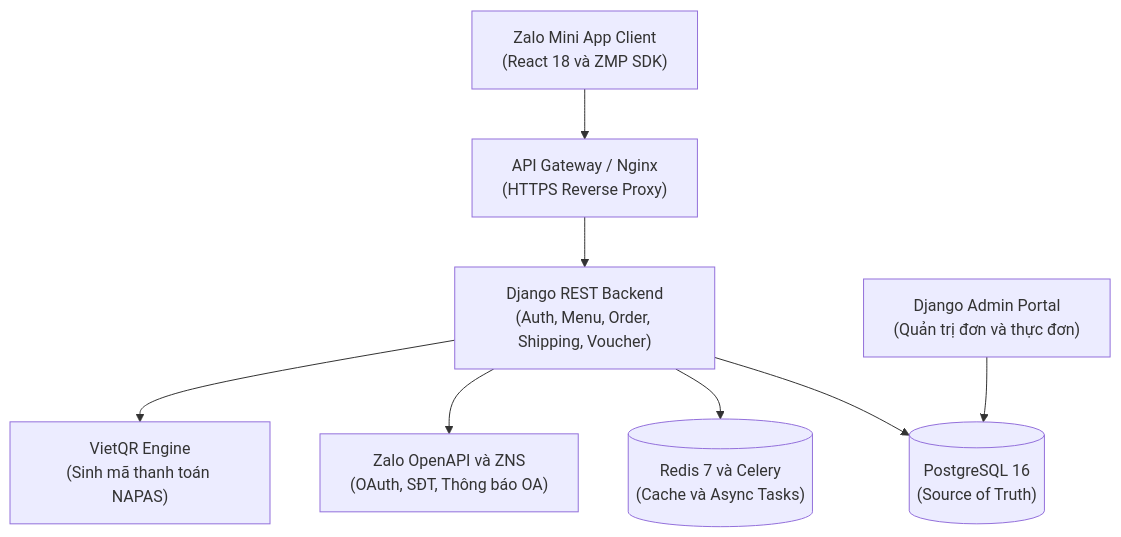
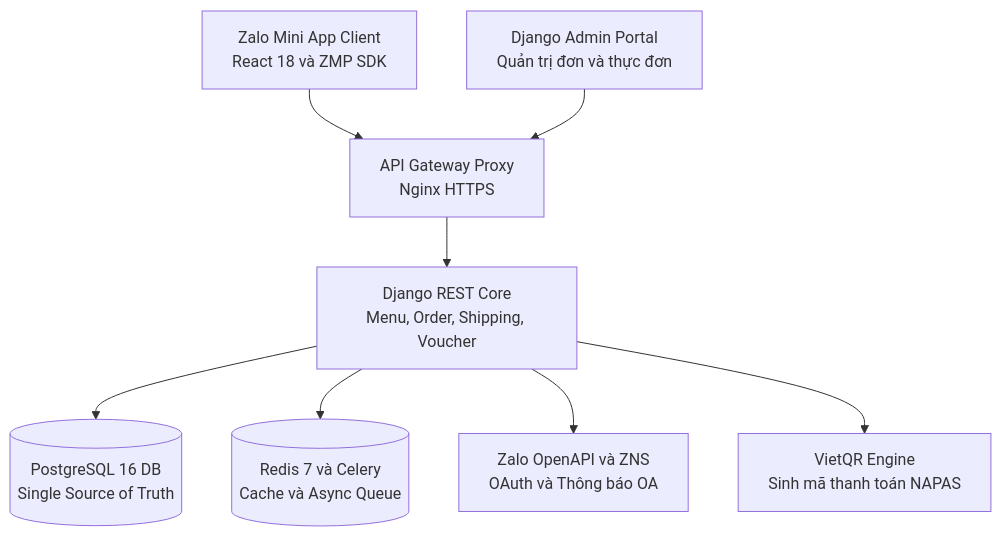
Before and after one commit to nguyengoctin/my_website: the first of 2 diagrams in content/posts/bep-di-6-zalo-mini-app-ordering-platform.md, drawn with Mermaid. The commit also changed other lines of this file and 34 other files, not shown here.

````diff
--- a/content/posts/bep-di-6-zalo-mini-app-ordering-platform.md
+++ b/content/posts/bep-di-6-zalo-mini-app-ordering-platform.md
@@ -17,18 +17,18 @@
 ```mermaid
 flowchart TD
-    Client["Zalo Mini App Client<br/>(React 18 và ZMP SDK)"]
-    Gateway["API Gateway / Nginx<br/>(HTTPS Reverse Proxy)"]
-    DjangoAPI["Django REST Backend<br/>(Auth, Menu, Order, Shipping, Voucher)"]
-    AdminPanel["Django Admin Portal<br/>(Quản trị đơn và thực đơn)"]
-    PostgresDB[("PostgreSQL 16<br/>(Source of Truth)")]
-    RedisCache[("Redis 7 và Celery<br/>(Cache và Async Tasks)")]
-    ZaloOpenAPI["Zalo OpenAPI và ZNS<br/>(OAuth, SĐT, Thông báo OA)"]
-    VietQRService["VietQR Engine<br/>(Sinh mã thanh toán NAPAS)"]
+    Client["Zalo Mini App Client<br/>React 18 và ZMP SDK"]
+    AdminPanel["Django Admin Portal<br/>Quản trị đơn và thực đơn"]
+    Gateway["API Gateway Proxy<br/>Nginx HTTPS"]
+    DjangoAPI["Django REST Core<br/>Menu, Order, Shipping, Voucher"]
+    PostgresDB[("PostgreSQL 16 DB<br/>Single Source of Truth")]
+    RedisCache[("Redis 7 và Celery<br/>Cache và Async Queue")]
+    ZaloOpenAPI["Zalo OpenAPI và ZNS<br/>OAuth và Thông báo OA"]
+    VietQRService["VietQR Engine<br/>Sinh mã thanh toán NAPAS"]
     Client --> Gateway
+    AdminPanel --> Gateway
     Gateway --> DjangoAPI
     DjangoAPI --> PostgresDB
     DjangoAPI --> RedisCache
-    AdminPanel --> PostgresDB
     DjangoAPI --> ZaloOpenAPI
     DjangoAPI --> VietQRService
 ```
````
